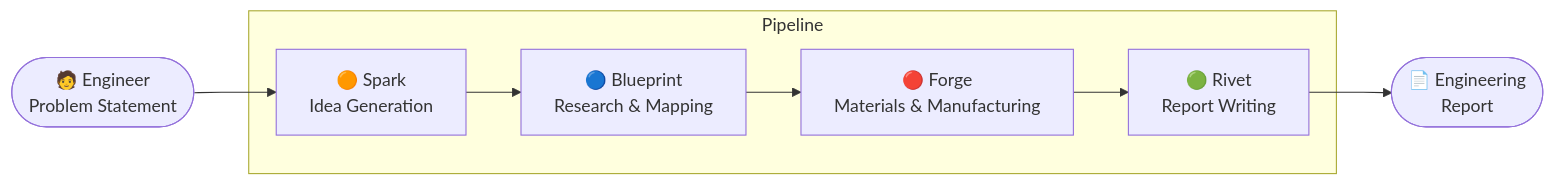
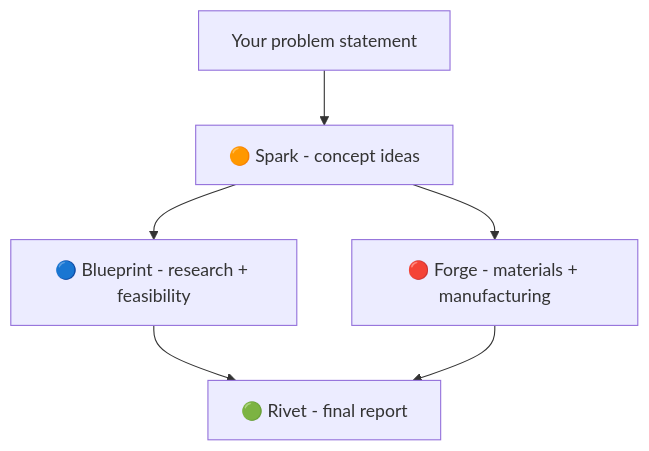
One commit to kbhavancodes/MechaFlow changed the second of 2 diagrams in README.md. Above: the diagram before and after it, drawn with Mermaid. The commit also changed other lines of this file, not shown here.

````diff
--- a/README.md
+++ b/README.md
@@ -48,14 +81,14 @@
 ```mermaid
-flowchart LR
-    A([🧑 Engineer\nProblem Statement]) --> B
+flowchart TD
+    A[Your problem statement]
+    B[🟠 Spark - concept ideas]
+    C[🔵 Blueprint - research + feasibility]
+    D[🔴 Forge - materials + manufacturing]
+    E[🟢 Rivet - final report]
 
-    subgraph Pipeline
-        B[🟠 Spark\nIdea Generation]
-        C[🔵 Blueprint\nResearch & Mapping]
-        D[🔴 Forge\nMaterials & Manufacturing]
-        E[🟢 Rivet\nReport Writing]
-        B --> C --> D --> E
-    end
-
-    E --> F([📄 Engineering\nReport])
+    A --> B
+    B --> C
+    B --> D
+    C --> E
+    D --> E
 ```
````
